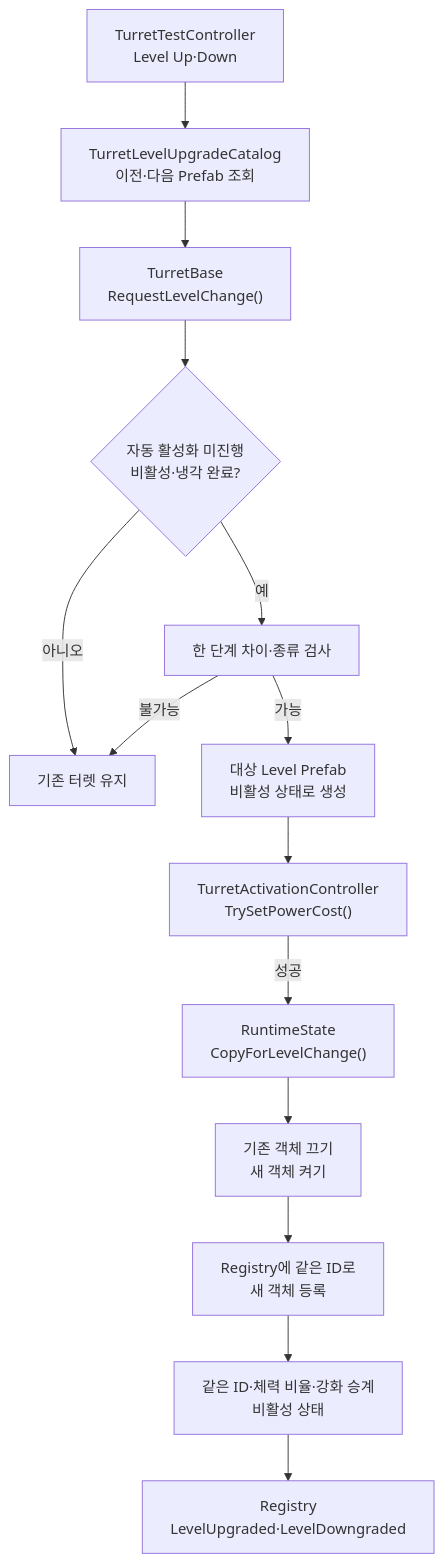
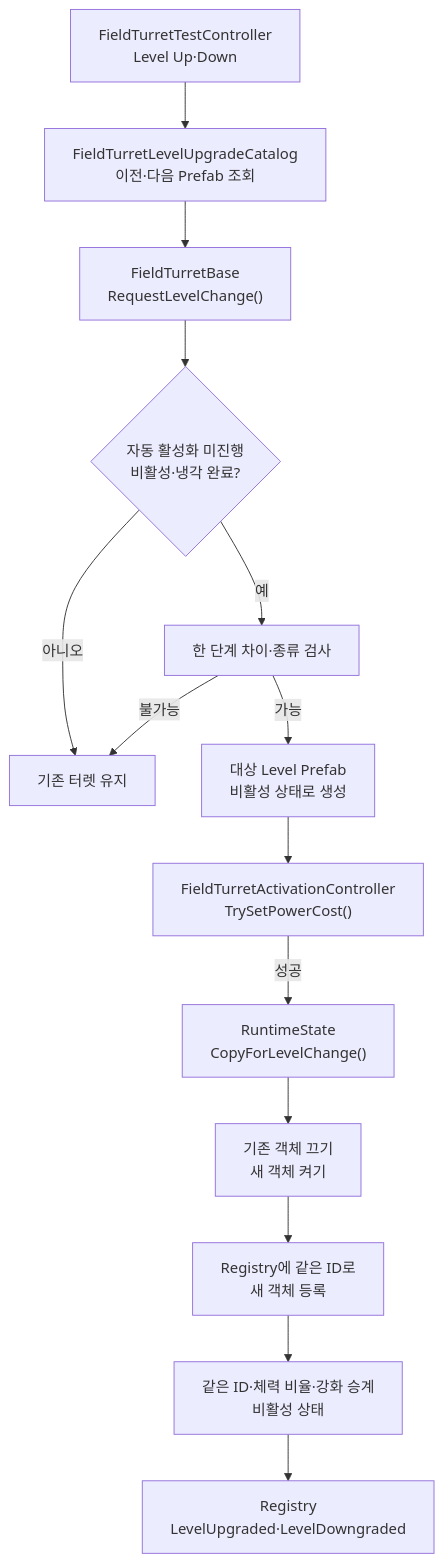
Before and after one commit to Team-HJD-21/team-hjd-docs: diagram 12 of 16 in docs/projects/the-developer/turret/runtime-flows.md, drawn with Mermaid. The commit also changed other lines of this file and 13 other files, not shown here.

Commit message:
docs: sync FieldTurret APIs from main

````diff
--- a/docs/projects/the-developer/turret/runtime-flows.md
+++ b/docs/projects/the-developer/turret/runtime-flows.md
@@ -560,16 +560,16 @@
 ```mermaid
 flowchart TD
-    UI["TurretTestController<br>Level Up·Down"] --> Catalog["TurretLevelUpgradeCatalog<br>이전·다음 Prefab 조회"]
-    Catalog --> Base["TurretBase<br>RequestLevelChange()"]
+    UI["FieldTurretTestController<br>Level Up·Down"] --> Catalog["FieldTurretLevelUpgradeCatalog<br>이전·다음 Prefab 조회"]
+    Catalog --> Base["FieldTurretBase<br>RequestLevelChange()"]
     Base --> Gate{"자동 활성화 미진행<br>비활성·냉각 완료?"}
     Gate -->|아니오| Reject["기존 터렛 유지"]
     Gate -->|예| Validate["한 단계 차이·종류 검사"]
     Validate -->|가능| Create["대상 Level Prefab<br>비활성 상태로 생성"]
     Validate -->|불가능| Reject["기존 터렛 유지"]
-    Create --> Power["TurretActivationController<br>TrySetPowerCost()"]
+    Create --> Power["FieldTurretActivationController<br>TrySetPowerCost()"]
     Power -->|성공| Copy["RuntimeState<br>CopyForLevelChange()"]
     Copy --> Swap["기존 객체 끄기<br>새 객체 켜기"]
     Swap --> Registry["Registry에 같은 ID로<br>새 객체 등록"]
     Registry --> Active["같은 ID·체력 비율·강화 승계<br>비활성 상태"]
     Active --> Event["Registry<br>LevelUpgraded·LevelDowngraded"]
 ```
````
